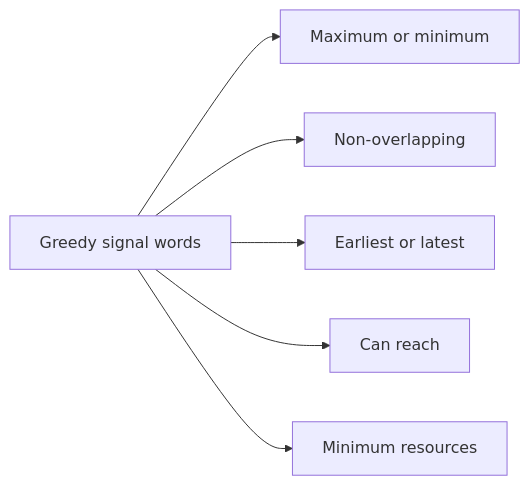
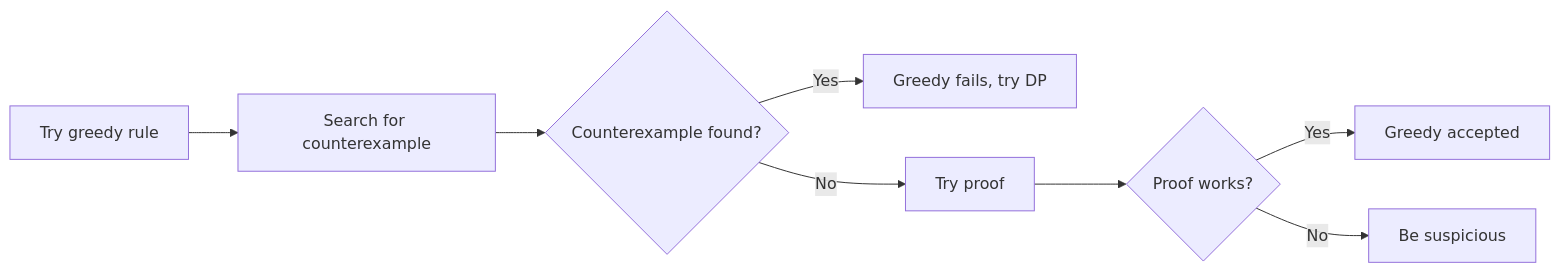
One commit to mthaiseer/springcloud-systemdesign-notes changed the third of 22 diagrams in CP_DSA_NOTES/CONCEPT_FRAMEWORK_FORMS_TATICS/010_GREEDY_CFFT.md. Above: the diagram before and after it, drawn with Mermaid. The commit also changed other lines of this file and 1 other file, not shown here.

````diff
--- a/CP_DSA_NOTES/CONCEPT_FRAMEWORK_FORMS_TATICS/010_GREEDY_CFFT.md
+++ b/CP_DSA_NOTES/CONCEPT_FRAMEWORK_FORMS_TATICS/010_GREEDY_CFFT.md
@@ -95,8 +98,10 @@
 ```mermaid
 flowchart LR
-    A[Greedy signal words] --> B[Maximum or minimum]
-    A --> C[Non-overlapping]
-    A --> D[Earliest or latest]
-    A --> E[Can reach]
-    A --> F[Minimum resources]
+    A[Try greedy rule] --> B[Search for counterexample]
+    B --> C{Counterexample found?}
+    C -->|Yes| D[Greedy fails, try DP]
+    C -->|No| E[Try proof]
+    E --> F{Proof works?}
+    F -->|Yes| G[Greedy accepted]
+    F -->|No| H[Be suspicious]
 ```
````
